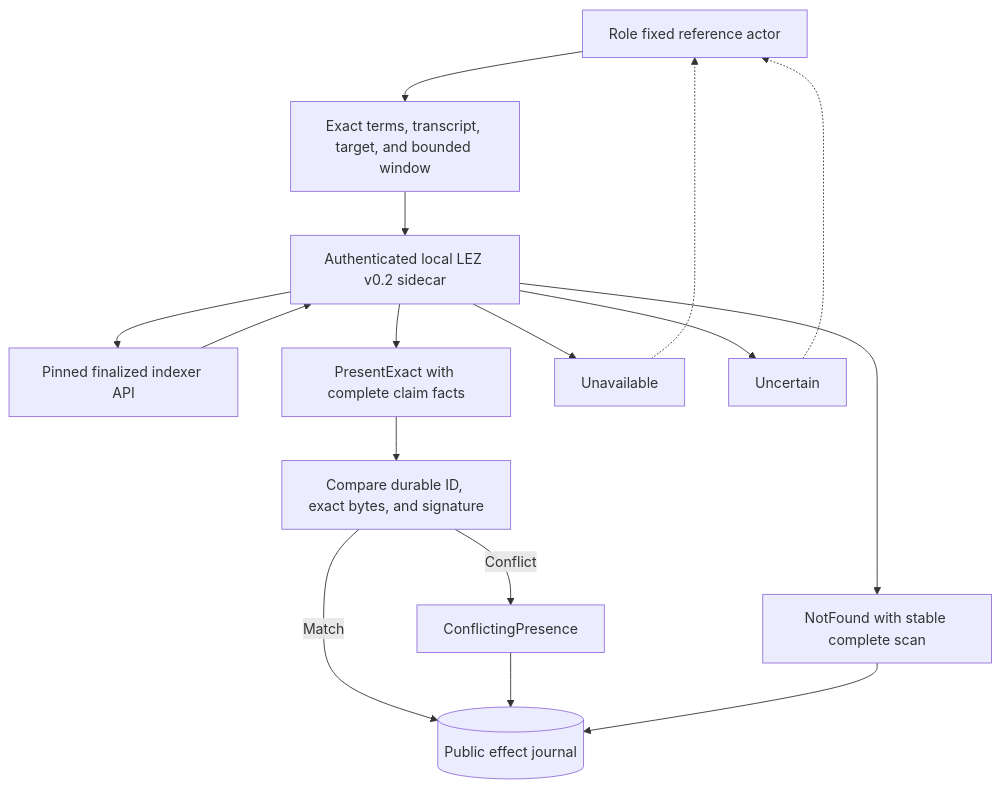
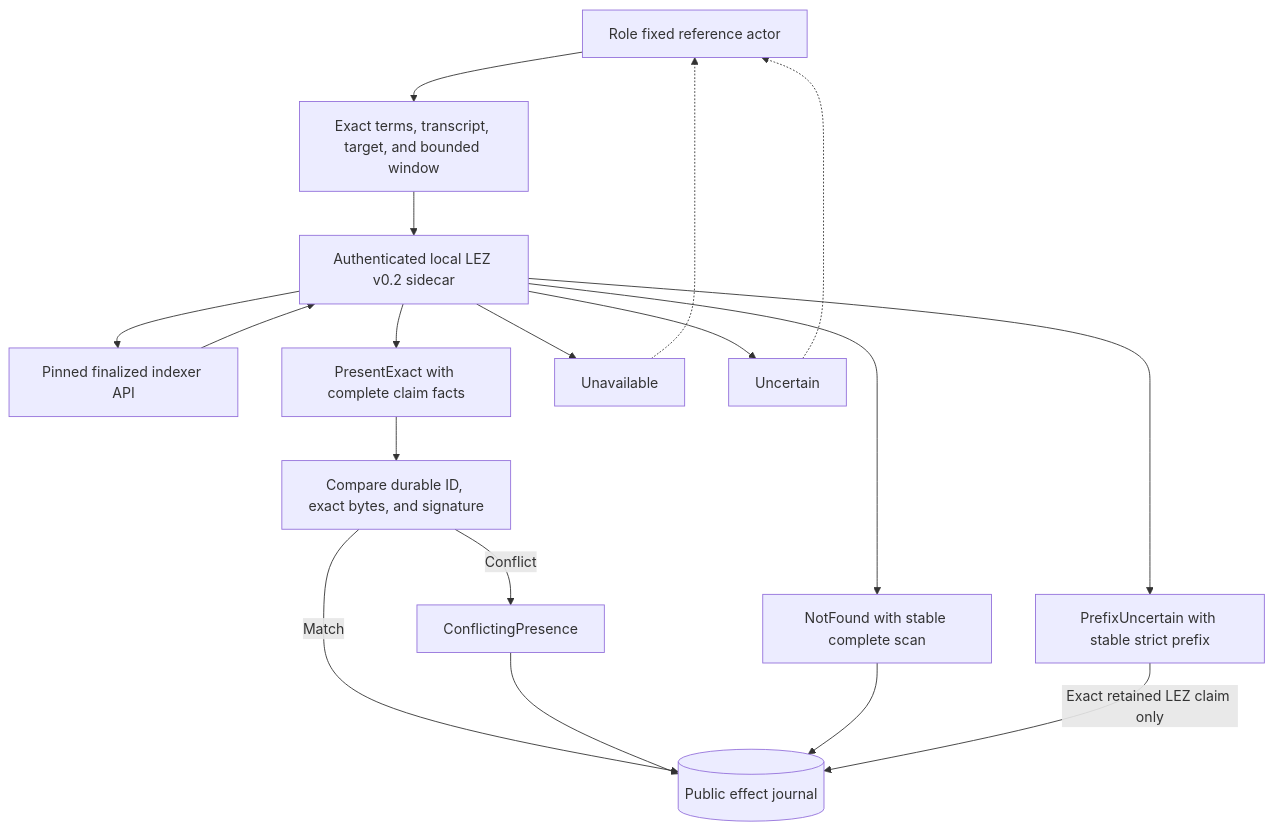
Before and after one commit to gateway-fm/lez-atomic-swaps: the first of 2 diagrams in docs/architecture/0036-prove-bounded-lez-claim-absence-before-first-send.md, drawn with Mermaid. The commit also changed other lines of this file and 14 other files, not shown here.

Commit message:
fix(m5): submit exact LEZ claims from finalized prefixes

````diff
--- a/docs/architecture/0036-prove-bounded-lez-claim-absence-before-first-send.md
+++ b/docs/architecture/0036-prove-bounded-lez-claim-absence-before-first-send.md
@@ -41,30 +49,33 @@
 ```mermaid
 flowchart TB
     Actor["Role fixed reference actor"]
     Request["Exact terms, transcript, target, and bounded window"]
     Sidecar["Authenticated local LEZ v0.2 sidecar"]
     Indexer["Pinned finalized indexer API"]
     Present["PresentExact with complete claim facts"]
     Identity["Compare durable ID, exact bytes, and signature"]
     Conflict["ConflictingPresence"]
     Absent["NotFound with stable complete scan"]
     Unavailable["Unavailable"]
     Uncertain["Uncertain"]
     Journal[("Public effect journal")]
+    Prefix["PrefixUncertain with stable strict prefix"]
 
     Actor --> Request
     Request --> Sidecar
     Sidecar --> Indexer
     Indexer --> Sidecar
     Sidecar --> Present
     Sidecar --> Absent
     Sidecar --> Unavailable
     Sidecar --> Uncertain
+    Sidecar --> Prefix
     Present --> Identity
     Identity -->|"Match"| Journal
     Identity -->|"Conflict"| Conflict
     Conflict --> Journal
     Absent --> Journal
     Unavailable -.-> Actor
     Uncertain -.-> Actor
+    Prefix -->|"Exact retained LEZ claim only"| Journal
 ```
````
